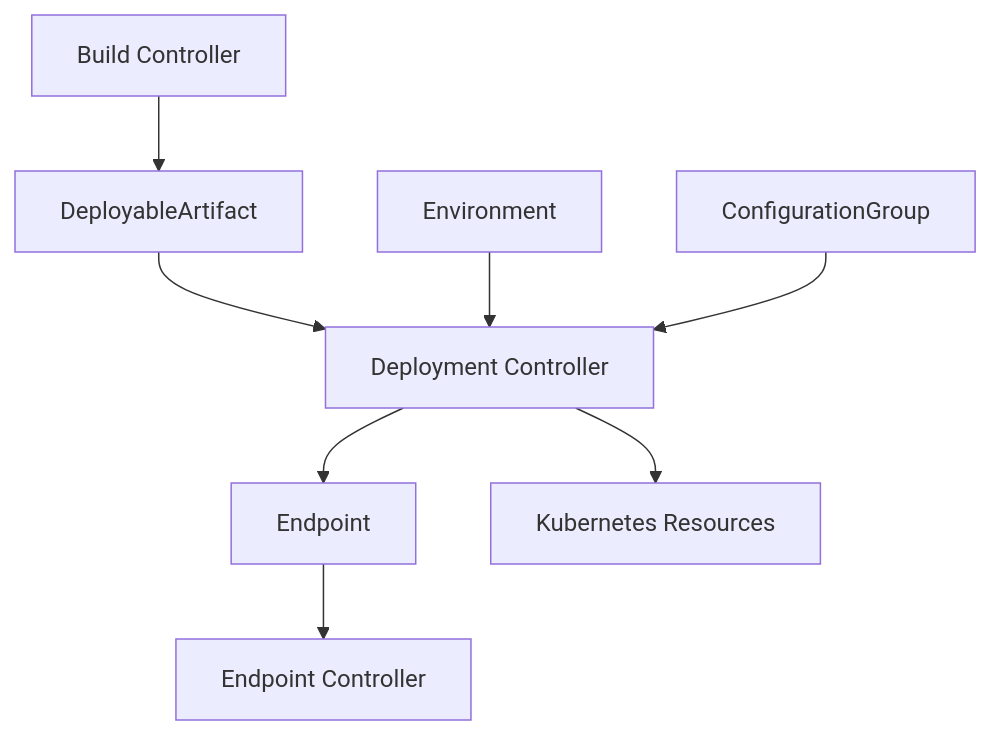
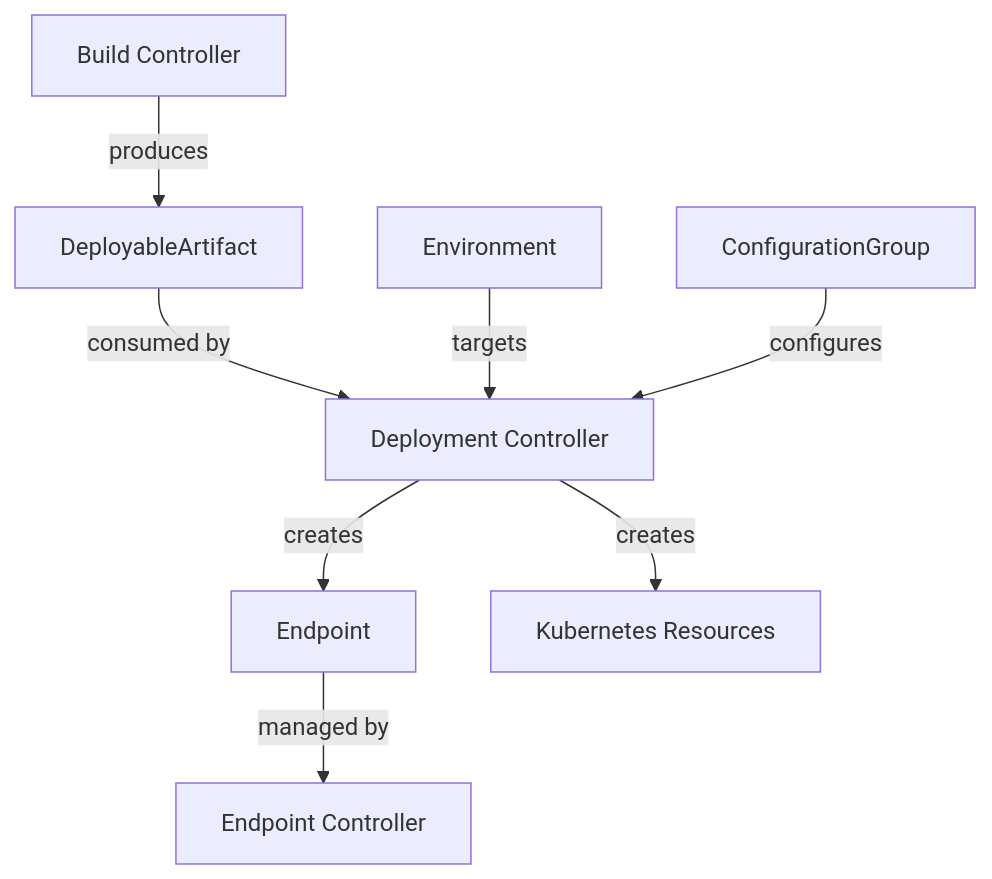
Before and after one commit to openchoreo/openchoreo: the eighth of 8 diagrams in docs/deepwiki/Deployment-Controller.md, drawn with Mermaid. The commit also changed other lines of this file and 85 other files, not shown here.

Commit message:
feat: Add new workflow and specification templates, update Helm chart dependencies, and clarify documentation diagrams.

````diff
--- a/docs/deepwiki/Deployment-Controller.md
+++ b/docs/deepwiki/Deployment-Controller.md
@@ -394,20 +394,20 @@
 ```mermaid
 flowchart TD
 
 BuildController["Build Controller"]
 DA["DeployableArtifact"]
 DC["Deployment Controller"]
 EA["Environment"]
 CG["ConfigurationGroup"]
 EP["Endpoint"]
 EC["Endpoint Controller"]
 K8S["Kubernetes Resources"]
 
-BuildController --> DA
-DA --> DC
-EA --> DC
-CG --> DC
-DC --> EP
-EP --> EC
-DC --> K8S
+BuildController -->|"produces"| DA
+DA -->|"consumed by"| DC
+EA -->|"targets"| DC
+CG -->|"configures"| DC
+DC -->|"creates"| EP
+EP -->|"managed by"| EC
+DC -->|"creates"| K8S
 ```
````
